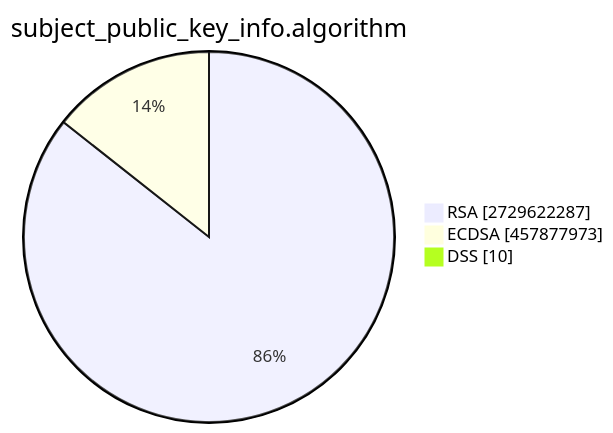
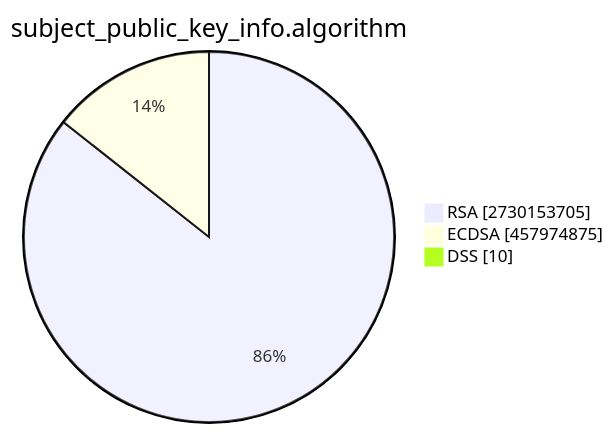
Before and after one commit to christiankrug/ctmonitor_visualization: the second of 15 diagrams in TOTAL/README.md, drawn with Mermaid. The commit also changed other lines of this file, not shown here.

````diff
--- a/TOTAL/README.md
+++ b/TOTAL/README.md
@@ -6,7 +6,7 @@
 ```mermaid
 pie showData
 title subject_public_key_info.algorithm
-"RSA" :2729622287
-"ECDSA" :457877973
+"RSA" :2730153705
+"ECDSA" :457974875
 "DSS" :10
 ```
````
